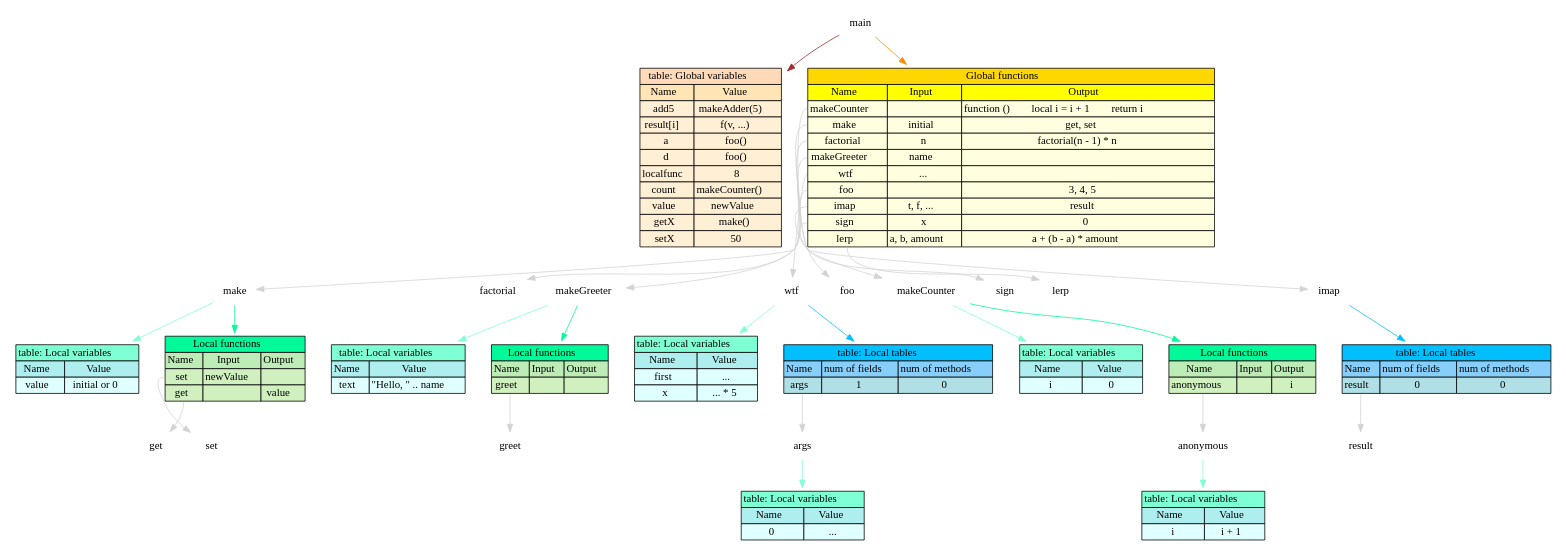
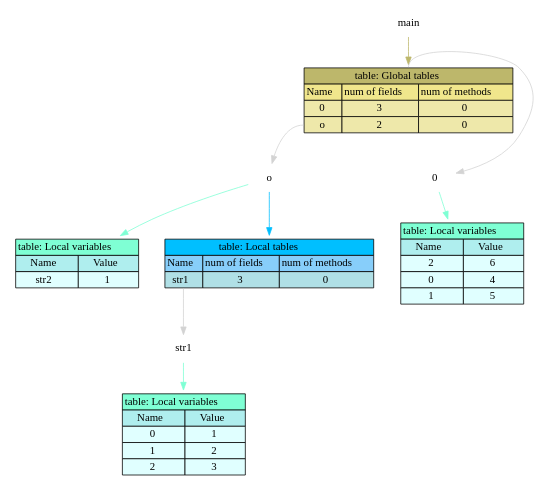
One commit to SmartPhoneJava/compiler-design changed the diagram in kur/assets/out/vars.dot. Above: the diagram before and after it, drawn with Graphviz. The commit also changed 10 other files, not shown here.

```diff
--- a/kur/assets/out/vars.dot
+++ b/kur/assets/out/vars.dot
@@ -1,86 +1,30 @@
 digraph G {
-	"main"->"main global variables"[ color="brown" ];
-	"main"->"main global functions"[ color="#FF8C00" ];
-	"main global functions":make->"main make"[ color=lightgrey ];
-	"main make"->"main make local variables"[ color="#7FFFD4" ];
-	"main make"->"main make local functions"[ color="#00FA9A" ];
-	"main make local functions":get->"main make get"[ color=lightgrey ];
-	"main make local functions":set->"main make set"[ color=lightgrey ];
-	"main global functions":factorial->"main factorial"[ color=lightgrey ];
-	"main global functions":makeGreeter->"main makeGreeter"[ color=lightgrey ];
-	"main makeGreeter"->"main makeGreeter local variables"[ color="#7FFFD4" ];
-	"main makeGreeter"->"main makeGreeter local functions"[ color="#00FA9A" ];
-	"main makeGreeter local functions":greet->"main makeGreeter greet"[ color=lightgrey ];
-	"main global functions":wtf->"main wtf"[ color=lightgrey ];
-	"main wtf"->"main wtf local variables"[ color="#7FFFD4" ];
-	"main wtf"->"main wtf local tables"[ color="#00BFFF" ];
-	"main wtf local tables":args->"main wtf args"[ color=lightgrey ];
-	"main wtf args"->"main wtf args local variables"[ color="#7FFFD4" ];
-	"main global functions":foo->"main foo"[ color=lightgrey ];
-	"main global functions":makeCounter->"main makeCounter"[ color=lightgrey ];
-	"main makeCounter"->"main makeCounter local variables"[ color="#7FFFD4" ];
-	"main makeCounter"->"main makeCounter local functions"[ color="#00FA9A" ];
-	"main makeCounter local functions":anonymous->"main makeCounter anonymous"[ color=lightgrey ];
-	"main makeCounter anonymous"->"main makeCounter anonymous local variables"[ color="#7FFFD4" ];
-	"main global functions":sign->"main sign"[ color=lightgrey ];
-	"main global functions":lerp->"main lerp"[ color=lightgrey ];
-	"main global functions":imap->"main imap"[ color=lightgrey ];
-	"main imap"->"main imap local tables"[ color="#00BFFF" ];
-	"main imap local tables":result->"main imap result"[ color=lightgrey ];
-	"main factorial" [ color=white, label=factorial, shape="plaintext", style="rounded,filled" ];
-	"main foo" [ color=white, label=foo, shape="plaintext", style="rounded,filled" ];
-	"main global functions" [ color=white, label=<<TABLE BORDER="0" CELLBORDER="1" color="black" CELLSPACING="0">
-	<TR><TD COLSPAN="3" BGCOLOR="#FFD700">Global functions</TD></TR>
-	  <TR><TD BGCOLOR="#FFFF00" PORT="Name">Name</TD>\n<TD BGCOLOR="#FFFF00" PORT="Input">Input</TD>\n<TD BGCOLOR="#FFFF00" PORT="Output">Output</TD>\n</TR><TR><TD BGCOLOR="#FFFFE0" PORT="makeCounter">makeCounter</TD>\n<TD BGCOLOR="#FFFFE0" PORT=""></TD>\n<TD BGCOLOR="#FFFFE0" PORT=""> function ()        local i = i + 1        return i    </TD>\n</TR><TR><TD BGCOLOR="#FFFFE0" PORT="make">make</TD>\n<TD BGCOLOR="#FFFFE0" PORT="">initial</TD>\n<TD BGCOLOR="#FFFFE0" PORT=""> get, set</TD>\n</TR><TR><TD BGCOLOR="#FFFFE0" PORT="factorial">factorial</TD>\n<TD BGCOLOR="#FFFFE0" PORT="">n</TD>\n<TD BGCOLOR="#FFFFE0" PORT=""> factorial(n - 1) * n</TD>\n</TR><TR><TD BGCOLOR="#FFFFE0" PORT="makeGreeter">makeGreeter</TD>\n<TD BGCOLOR="#FFFFE0" PORT="">name</TD>\n<TD BGCOLOR="#FFFFE0" PORT=""></TD>\n</TR><TR><TD BGCOLOR="#FFFFE0" PORT="wtf">wtf</TD>\n<TD BGCOLOR="#FFFFE0" PORT="">...</TD>\n<TD BGCOLOR="#FFFFE0" PORT=""></TD>\n</TR><TR><TD BGCOLOR="#FFFFE0" PORT="foo">foo</TD>\n<TD BGCOLOR="#FFFFE0" PORT=""></TD>\n<TD BGCOLOR="#FFFFE0" PORT=""> 3, 4, 5</TD>\n</TR><TR><TD BGCOLOR="#FFFFE0" PORT="imap">imap</TD>\n<TD BGCOLOR="#FFFFE0" PORT="">t, f, ...</TD>\n<TD BGCOLOR="#FFFFE0" PORT=""> result</TD>\n</TR><TR><TD BGCOLOR="#FFFFE0" PORT="sign">sign</TD>\n<TD BGCOLOR="#FFFFE0" PORT="">x</TD>\n<TD BGCOLOR="#FFFFE0" PORT=""> 0</TD>\n</TR><TR><TD BGCOLOR="#FFFFE0" PORT="lerp">lerp</TD>\n<TD BGCOLOR="#FFFFE0" PORT="">a, b, amount</TD>\n<TD BGCOLOR="#FFFFE0" PORT=""> a + (b - a) * amount</TD>\n</TR>\n</TABLE>>, shape="plaintext", style="rounded,filled" ];
-	"main global variables" [ color=white, label=<<TABLE BORDER="0" CELLBORDER="1" CELLSPACING="0" color="black">
-  <TR><TD PORT="0" COLSPAN="2" BGCOLOR="#FFDAB9">table: Global variables</TD></TR>
-	<TR><TD BGCOLOR="#FFE4B5" PORT="Name">Name</TD>\n<TD BGCOLOR="#FFE4B5" PORT="Value">Value</TD>\n</TR><TR><TD BGCOLOR="#FFEFD5" PORT="">add5</TD>\n<TD BGCOLOR="#FFEFD5" PORT="">makeAdder(5)</TD>\n</TR><TR><TD BGCOLOR="#FFEFD5" PORT="">result[i]</TD>\n<TD BGCOLOR="#FFEFD5" PORT="">f(v, ...)</TD>\n</TR><TR><TD BGCOLOR="#FFEFD5" PORT="">a</TD>\n<TD BGCOLOR="#FFEFD5" PORT="">foo()</TD>\n</TR><TR><TD BGCOLOR="#FFEFD5" PORT="">d</TD>\n<TD BGCOLOR="#FFEFD5" PORT="">foo()</TD>\n</TR><TR><TD BGCOLOR="#FFEFD5" PORT="">localfunc</TD>\n<TD BGCOLOR="#FFEFD5" PORT="">8</TD>\n</TR><TR><TD BGCOLOR="#FFEFD5" PORT="">count</TD>\n<TD BGCOLOR="#FFEFD5" PORT="">makeCounter()</TD>\n</TR><TR><TD BGCOLOR="#FFEFD5" PORT="">value</TD>\n<TD BGCOLOR="#FFEFD5" PORT="">newValue</TD>\n</TR><TR><TD BGCOLOR="#FFEFD5" PORT="">getX</TD>\n<TD BGCOLOR="#FFEFD5" PORT="">make()</TD>\n</TR><TR><TD BGCOLOR="#FFEFD5" PORT="">setX</TD>\n<TD BGCOLOR="#FFEFD5" PORT="">50</TD>\n</TR>\n</TABLE>>, shape="plaintext", style="rounded,filled" ];
-	"main imap local tables" [ color=white, label=<<TABLE BORDER="0" CELLBORDER="1" CELLSPACING="0" color="black">
+	"main"->"main global tables"[ color="#BDB76B" ];
+	"main global tables":o->"main o"[ color=lightgrey ];
+	"main o"->"main o local variables"[ color="#7FFFD4" ];
+	"main o"->"main o local tables"[ color="#00BFFF" ];
+	"main o local tables":str1->"main o str1"[ color=lightgrey ];
+	"main o str1"->"main o str1 local variables"[ color="#7FFFD4" ];
+	"main global tables":0->"main 0"[ color=lightgrey ];
+	"main 0"->"main 0 local variables"[ color="#7FFFD4" ];
+	"main 0 local variables" [ color=white, label=<<TABLE BORDER="0" CELLBORDER="1" CELLSPACING="0" color="black">
+  <TR><TD PORT="0" COLSPAN="2" BGCOLOR="#7FFFD4">table: Local variables</TD></TR>
+	<TR><TD BGCOLOR="#AFEEEE" PORT="Name">Name</TD>\n<TD BGCOLOR="#AFEEEE" PORT="Value">Value</TD>\n</TR><TR><TD BGCOLOR="#E0FFFF" PORT="">2</TD>\n<TD BGCOLOR="#E0FFFF" PORT="">6</TD>\n</TR><TR><TD BGCOLOR="#E0FFFF" PORT="">0</TD>\n<TD BGCOLOR="#E0FFFF" PORT="">4</TD>\n</TR><TR><TD BGCOLOR="#E0FFFF" PORT="">1</TD>\n<TD BGCOLOR="#E0FFFF" PORT="">5</TD>\n</TR>\n</TABLE>>, shape="plaintext", style="rounded,filled" ];
+	"main 0" [ color=white, label=0, shape="plaintext", style="rounded,filled" ];
+	"main global tables" [ color=white, label=<<TABLE BORDER="0" CELLBORDER="1" CELLSPACING="0" color="black">
+  <TR><TD PORT="0" COLSPAN="3" BGCOLOR="#BDB76B">table: Global tables</TD></TR>
+	<TR><TD BGCOLOR="#F0E68C" PORT="Name">Name</TD>\n<TD BGCOLOR="#F0E68C" PORT="num of fields">num of fields</TD>\n<TD BGCOLOR="#F0E68C" PORT="num of methods">num of methods</TD>\n</TR><TR><TD BGCOLOR="#EEE8AA" PORT="0">0</TD>\n<TD BGCOLOR="#EEE8AA" PORT="3">3</TD>\n<TD BGCOLOR="#EEE8AA" PORT="0">0</TD>\n</TR><TR><TD BGCOLOR="#EEE8AA" PORT="o">o</TD>\n<TD BGCOLOR="#EEE8AA" PORT="2">2</TD>\n<TD BGCOLOR="#EEE8AA" PORT="0">0</TD>\n</TR>\n</TABLE>>, shape="plaintext", style="rounded,filled" ];
+	"main o local tables" [ color=white, label=<<TABLE BORDER="0" CELLBORDER="1" CELLSPACING="0" color="black">
   <TR><TD PORT="0" COLSPAN="3" BGCOLOR="#00BFFF">table: Local tables</TD></TR>
-	<TR><TD BGCOLOR="#87CEFA" PORT="Name">Name</TD>\n<TD BGCOLOR="#87CEFA" PORT="num of fields">num of fields</TD>\n<TD BGCOLOR="#87CEFA" PORT="num of methods">num of methods</TD>\n</TR><TR><TD BGCOLOR="#B0E0E6" PORT="result">result</TD>\n<TD BGCOLOR="#B0E0E6" PORT="0">0</TD>\n<TD BGCOLOR="#B0E0E6" PORT="0">0</TD>\n</TR>\n</TABLE>>, shape="plaintext", style="rounded,filled" ];
-	"main imap result" [ color=white, label=result, shape="plaintext", style="rounded,filled" ];
-	"main imap" [ color=white, label=imap, shape="plaintext", style="rounded,filled" ];
-	"main lerp" [ color=white, label=lerp, shape="plaintext", style="rounded,filled" ];
-	"main make get" [ color=white, label=get, shape="plaintext", style="rounded,filled" ];
-	"main make local functions" [ color=white, label=<<TABLE BORDER="0" CELLBORDER="1" color="black" CELLSPACING="0">
-	<TR><TD COLSPAN="3" BGCOLOR="#00FA9A">Local functions</TD></TR>
-	  <TR><TD BGCOLOR="#BDECB6" PORT="Name">Name</TD>\n<TD BGCOLOR="#BDECB6" PORT="Input">Input</TD>\n<TD BGCOLOR="#BDECB6" PORT="Output">Output</TD>\n</TR><TR><TD BGCOLOR="#D0F0C0" PORT="set">set</TD>\n<TD BGCOLOR="#D0F0C0" PORT="">newValue</TD>\n<TD BGCOLOR="#D0F0C0" PORT=""></TD>\n</TR><TR><TD BGCOLOR="#D0F0C0" PORT="get">get</TD>\n<TD BGCOLOR="#D0F0C0" PORT=""></TD>\n<TD BGCOLOR="#D0F0C0" PORT=""> value</TD>\n</TR>\n</TABLE>>, shape="plaintext", style="rounded,filled" ];
-	"main make local variables" [ color=white, label=<<TABLE BORDER="0" CELLBORDER="1" CELLSPACING="0" color="black">
+	<TR><TD BGCOLOR="#87CEFA" PORT="Name">Name</TD>\n<TD BGCOLOR="#87CEFA" PORT="num of fields">num of fields</TD>\n<TD BGCOLOR="#87CEFA" PORT="num of methods">num of methods</TD>\n</TR><TR><TD BGCOLOR="#B0E0E6" PORT="str1">str1</TD>\n<TD BGCOLOR="#B0E0E6" PORT="3">3</TD>\n<TD BGCOLOR="#B0E0E6" PORT="0">0</TD>\n</TR>\n</TABLE>>, shape="plaintext", style="rounded,filled" ];
+	"main o local variables" [ color=white, label=<<TABLE BORDER="0" CELLBORDER="1" CELLSPACING="0" color="black">
   <TR><TD PORT="0" COLSPAN="2" BGCOLOR="#7FFFD4">table: Local variables</TD></TR>
-	<TR><TD BGCOLOR="#AFEEEE" PORT="Name">Name</TD>\n<TD BGCOLOR="#AFEEEE" PORT="Value">Value</TD>\n</TR><TR><TD BGCOLOR="#E0FFFF" PORT="">value</TD>\n<TD BGCOLOR="#E0FFFF" PORT="">initial or 0</TD>\n</TR>\n</TABLE>>, shape="plaintext", style="rounded,filled" ];
-	"main make set" [ color=white, label=set, shape="plaintext", style="rounded,filled" ];
-	"main make" [ color=white, label=make, shape="plaintext", style="rounded,filled" ];
-	"main makeCounter anonymous local variables" [ color=white, label=<<TABLE BORDER="0" CELLBORDER="1" CELLSPACING="0" color="black">
+	<TR><TD BGCOLOR="#AFEEEE" PORT="Name">Name</TD>\n<TD BGCOLOR="#AFEEEE" PORT="Value">Value</TD>\n</TR><TR><TD BGCOLOR="#E0FFFF" PORT="">str2</TD>\n<TD BGCOLOR="#E0FFFF" PORT="">1</TD>\n</TR>\n</TABLE>>, shape="plaintext", style="rounded,filled" ];
+	"main o str1 local variables" [ color=white, label=<<TABLE BORDER="0" CELLBORDER="1" CELLSPACING="0" color="black">
   <TR><TD PORT="0" COLSPAN="2" BGCOLOR="#7FFFD4">table: Local variables</TD></TR>
-	<TR><TD BGCOLOR="#AFEEEE" PORT="Name">Name</TD>\n<TD BGCOLOR="#AFEEEE" PORT="Value">Value</TD>\n</TR><TR><TD BGCOLOR="#E0FFFF" PORT="">i</TD>\n<TD BGCOLOR="#E0FFFF" PORT="">i + 1</TD>\n</TR>\n</TABLE>>, shape="plaintext", style="rounded,filled" ];
-	"main makeCounter anonymous" [ color=white, label=anonymous, shape="plaintext", style="rounded,filled" ];
-	"main makeCounter local functions" [ color=white, label=<<TABLE BORDER="0" CELLBORDER="1" color="black" CELLSPACING="0">
-	<TR><TD COLSPAN="3" BGCOLOR="#00FA9A">Local functions</TD></TR>
-	  <TR><TD BGCOLOR="#BDECB6" PORT="Name">Name</TD>\n<TD BGCOLOR="#BDECB6" PORT="Input">Input</TD>\n<TD BGCOLOR="#BDECB6" PORT="Output">Output</TD>\n</TR><TR><TD BGCOLOR="#D0F0C0" PORT="anonymous">anonymous</TD>\n<TD BGCOLOR="#D0F0C0" PORT=""></TD>\n<TD BGCOLOR="#D0F0C0" PORT=""> i</TD>\n</TR>\n</TABLE>>, shape="plaintext", style="rounded,filled" ];
-	"main makeCounter local variables" [ color=white, label=<<TABLE BORDER="0" CELLBORDER="1" CELLSPACING="0" color="black">
-  <TR><TD PORT="0" COLSPAN="2" BGCOLOR="#7FFFD4">table: Local variables</TD></TR>
-	<TR><TD BGCOLOR="#AFEEEE" PORT="Name">Name</TD>\n<TD BGCOLOR="#AFEEEE" PORT="Value">Value</TD>\n</TR><TR><TD BGCOLOR="#E0FFFF" PORT="">i</TD>\n<TD BGCOLOR="#E0FFFF" PORT="">0</TD>\n</TR>\n</TABLE>>, shape="plaintext", style="rounded,filled" ];
-	"main makeCounter" [ color=white, label=makeCounter, shape="plaintext", style="rounded,filled" ];
-	"main makeGreeter greet" [ color=white, label=greet, shape="plaintext", style="rounded,filled" ];
-	"main makeGreeter local functions" [ color=white, label=<<TABLE BORDER="0" CELLBORDER="1" color="black" CELLSPACING="0">
-	<TR><TD COLSPAN="3" BGCOLOR="#00FA9A">Local functions</TD></TR>
-	  <TR><TD BGCOLOR="#BDECB6" PORT="Name">Name</TD>\n<TD BGCOLOR="#BDECB6" PORT="Input">Input</TD>\n<TD BGCOLOR="#BDECB6" PORT="Output">Output</TD>\n</TR><TR><TD BGCOLOR="#D0F0C0" PORT="greet">greet</TD>\n<TD BGCOLOR="#D0F0C0" PORT=""></TD>\n<TD BGCOLOR="#D0F0C0" PORT=""></TD>\n</TR>\n</TABLE>>, shape="plaintext", style="rounded,filled" ];
-	"main makeGreeter local variables" [ color=white, label=<<TABLE BORDER="0" CELLBORDER="1" CELLSPACING="0" color="black">
-  <TR><TD PORT="0" COLSPAN="2" BGCOLOR="#7FFFD4">table: Local variables</TD></TR>
-	<TR><TD BGCOLOR="#AFEEEE" PORT="Name">Name</TD>\n<TD BGCOLOR="#AFEEEE" PORT="Value">Value</TD>\n</TR><TR><TD BGCOLOR="#E0FFFF" PORT="">text</TD>\n<TD BGCOLOR="#E0FFFF" PORT="">"Hello, " .. name</TD>\n</TR>\n</TABLE>>, shape="plaintext", style="rounded,filled" ];
-	"main makeGreeter" [ color=white, label=makeGreeter, shape="plaintext", style="rounded,filled" ];
-	"main sign" [ color=white, label=sign, shape="plaintext", style="rounded,filled" ];
-	"main wtf args local variables" [ color=white, label=<<TABLE BORDER="0" CELLBORDER="1" CELLSPACING="0" color="black">
-  <TR><TD PORT="0" COLSPAN="2" BGCOLOR="#7FFFD4">table: Local variables</TD></TR>
-	<TR><TD BGCOLOR="#AFEEEE" PORT="Name">Name</TD>\n<TD BGCOLOR="#AFEEEE" PORT="Value">Value</TD>\n</TR><TR><TD BGCOLOR="#E0FFFF" PORT="">0</TD>\n<TD BGCOLOR="#E0FFFF" PORT="">...</TD>\n</TR>\n</TABLE>>, shape="plaintext", style="rounded,filled" ];
-	"main wtf args" [ color=white, label=args, shape="plaintext", style="rounded,filled" ];
-	"main wtf local tables" [ color=white, label=<<TABLE BORDER="0" CELLBORDER="1" CELLSPACING="0" color="black">
-  <TR><TD PORT="0" COLSPAN="3" BGCOLOR="#00BFFF">table: Local tables</TD></TR>
-	<TR><TD BGCOLOR="#87CEFA" PORT="Name">Name</TD>\n<TD BGCOLOR="#87CEFA" PORT="num of fields">num of fields</TD>\n<TD BGCOLOR="#87CEFA" PORT="num of methods">num of methods</TD>\n</TR><TR><TD BGCOLOR="#B0E0E6" PORT="args">args</TD>\n<TD BGCOLOR="#B0E0E6" PORT="1">1</TD>\n<TD BGCOLOR="#B0E0E6" PORT="0">0</TD>\n</TR>\n</TABLE>>, shape="plaintext", style="rounded,filled" ];
-	"main wtf local variables" [ color=white, label=<<TABLE BORDER="0" CELLBORDER="1" CELLSPACING="0" color="black">
-  <TR><TD PORT="0" COLSPAN="2" BGCOLOR="#7FFFD4">table: Local variables</TD></TR>
-	<TR><TD BGCOLOR="#AFEEEE" PORT="Name">Name</TD>\n<TD BGCOLOR="#AFEEEE" PORT="Value">Value</TD>\n</TR><TR><TD BGCOLOR="#E0FFFF" PORT="">first</TD>\n<TD BGCOLOR="#E0FFFF" PORT="">...</TD>\n</TR><TR><TD BGCOLOR="#E0FFFF" PORT="">x</TD>\n<TD BGCOLOR="#E0FFFF" PORT="">... * 5</TD>\n</TR>\n</TABLE>>, shape="plaintext", style="rounded,filled" ];
-	"main wtf" [ color=white, label=wtf, shape="plaintext", style="rounded,filled" ];
+	<TR><TD BGCOLOR="#AFEEEE" PORT="Name">Name</TD>\n<TD BGCOLOR="#AFEEEE" PORT="Value">Value</TD>\n</TR><TR><TD BGCOLOR="#E0FFFF" PORT="">0</TD>\n<TD BGCOLOR="#E0FFFF" PORT="">1</TD>\n</TR><TR><TD BGCOLOR="#E0FFFF" PORT="">1</TD>\n<TD BGCOLOR="#E0FFFF" PORT="">2</TD>\n</TR><TR><TD BGCOLOR="#E0FFFF" PORT="">2</TD>\n<TD BGCOLOR="#E0FFFF" PORT="">3</TD>\n</TR>\n</TABLE>>, shape="plaintext", style="rounded,filled" ];
+	"main o str1" [ color=white, label=str1, shape="plaintext", style="rounded,filled" ];
+	"main o" [ color=white, label=o, shape="plaintext", style="rounded,filled" ];
 	"main" [ color=white, label=main, shape="plaintext", style="rounded,filled" ];
 
 }
```
